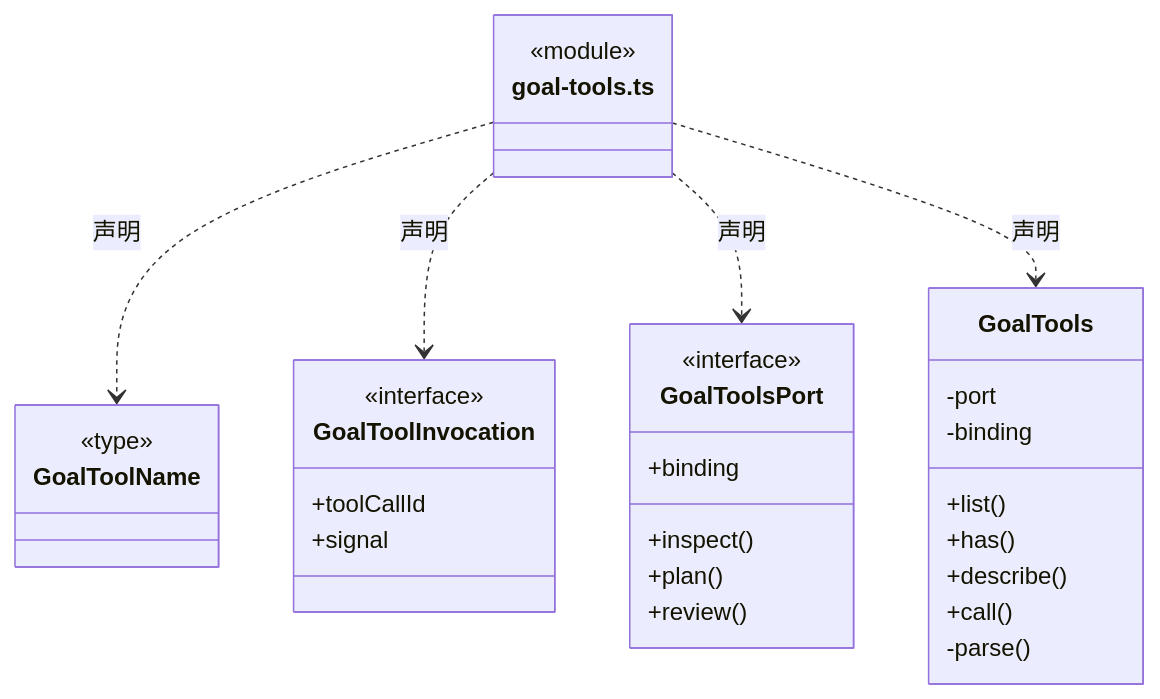
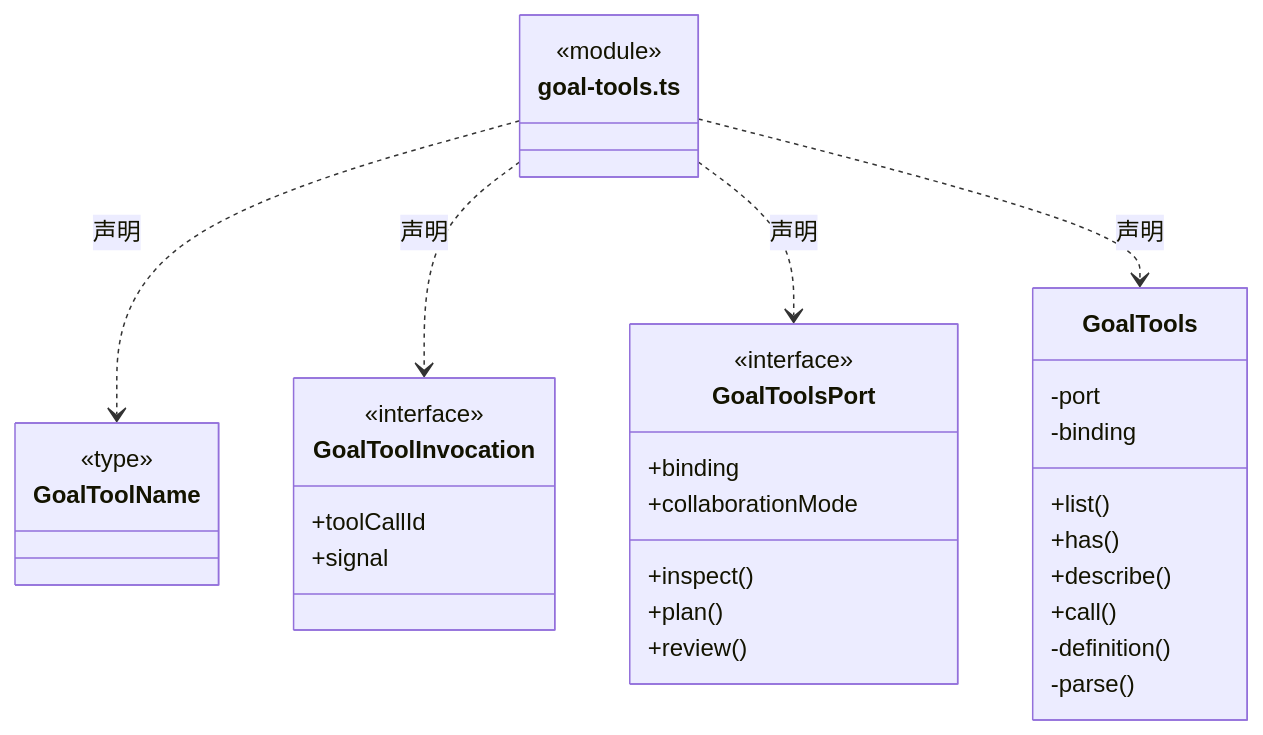
Before and after one commit to nan023062/cbim: the fifth of 16 diagrams in src/backend/scheduler-engine/tools/ARCHITECTURE.md, drawn with Mermaid. The commit also changed other lines of this file and 80 other files, not shown here.

````diff
--- a/src/backend/scheduler-engine/tools/ARCHITECTURE.md
+++ b/src/backend/scheduler-engine/tools/ARCHITECTURE.md
@@ -135,35 +138,37 @@
 ```mermaid
 classDiagram
 class N_src_backend_scheduler_engine_tools_goal_tools_ts["goal-tools.ts"] {
   <<module>>
 }
 class N_src_backend_scheduler_engine_tools_goal_tools_ts_GoalToolName["GoalToolName"] {
   <<type>>
 
 }
 N_src_backend_scheduler_engine_tools_goal_tools_ts ..> N_src_backend_scheduler_engine_tools_goal_tools_ts_GoalToolName : 声明
 class N_src_backend_scheduler_engine_tools_goal_tools_ts_GoalToolInvocation["GoalToolInvocation"] {
   <<interface>>
   +toolCallId
   +signal
 }
 N_src_backend_scheduler_engine_tools_goal_tools_ts ..> N_src_backend_scheduler_engine_tools_goal_tools_ts_GoalToolInvocation : 声明
 class N_src_backend_scheduler_engine_tools_goal_tools_ts_GoalToolsPort["GoalToolsPort"] {
   <<interface>>
   +binding
+  +collaborationMode
   +inspect()
   +plan()
   +review()
 }
 N_src_backend_scheduler_engine_tools_goal_tools_ts ..> N_src_backend_scheduler_engine_tools_goal_tools_ts_GoalToolsPort : 声明
 class N_src_backend_scheduler_engine_tools_goal_tools_ts_GoalTools["GoalTools"] {
   +list()
   +has()
   +describe()
   +call()
   -port
   -binding
+  -definition()
   -parse()
 }
 N_src_backend_scheduler_engine_tools_goal_tools_ts ..> N_src_backend_scheduler_engine_tools_goal_tools_ts_GoalTools : 声明
 ```
````
